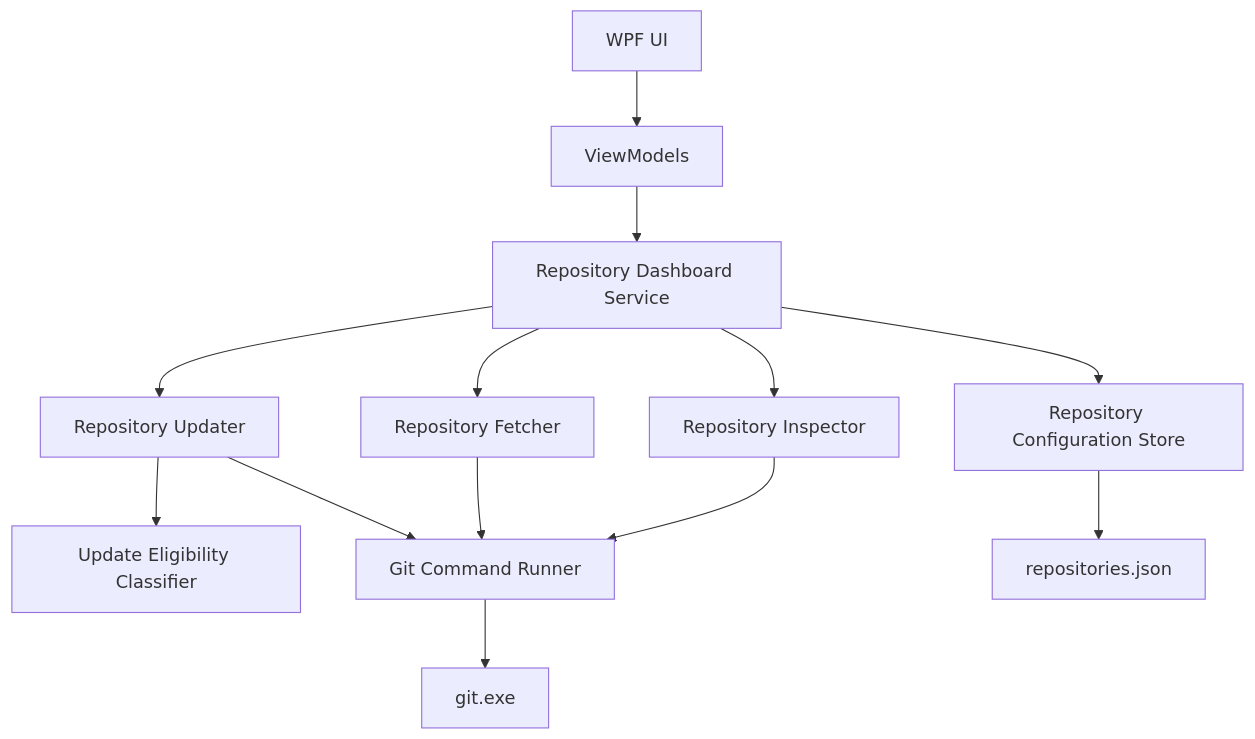
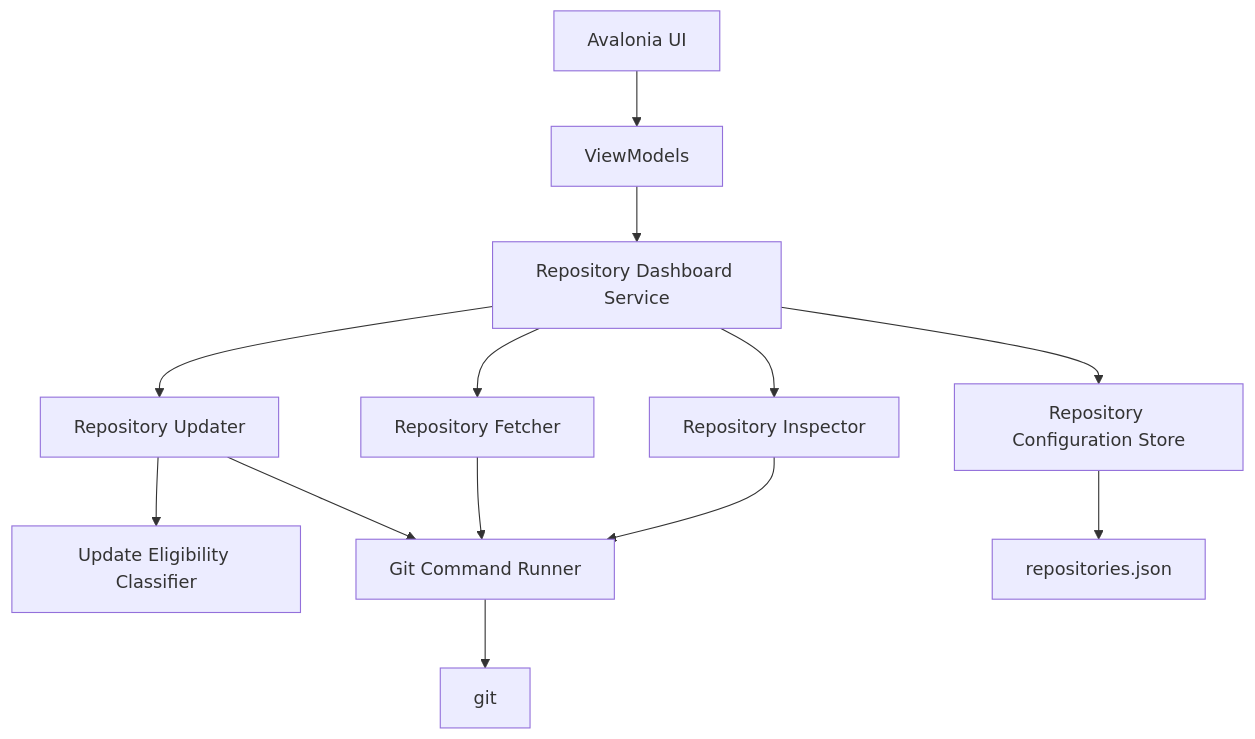
The diagram in docs/04-high-level-architecture.md (AlexBDevCorner/RepoManager), drawn with Mermaid before and after one commit. The commit also changed 21 other files, not shown here.

````diff
--- a/docs/04-high-level-architecture.md
+++ b/docs/04-high-level-architecture.md
@@ -3,36 +3,36 @@
 ```mermaid
 flowchart TD
-    UI[WPF UI]
+    UI[Avalonia UI]
 
     VM[ViewModels]
 
     Dashboard[Repository Dashboard Service]
     Inspector[Repository Inspector]
     Classifier[Update Eligibility Classifier]
     Fetcher[Repository Fetcher]
     Updater[Repository Updater]
 
     Config[Repository Configuration Store]
     Git[Git Command Runner]
 
-    EXE[git.exe]
+    EXE[git]
     JSON[repositories.json]
 
     UI --> VM
     VM --> Dashboard
 
     Dashboard --> Inspector
     Dashboard --> Fetcher
     Dashboard --> Updater
 
     Updater --> Classifier
 
     Inspector --> Git
     Fetcher --> Git
     Updater --> Git
 
     Dashboard --> Config
 
     Git --> EXE
     Config --> JSON
 ```
````
